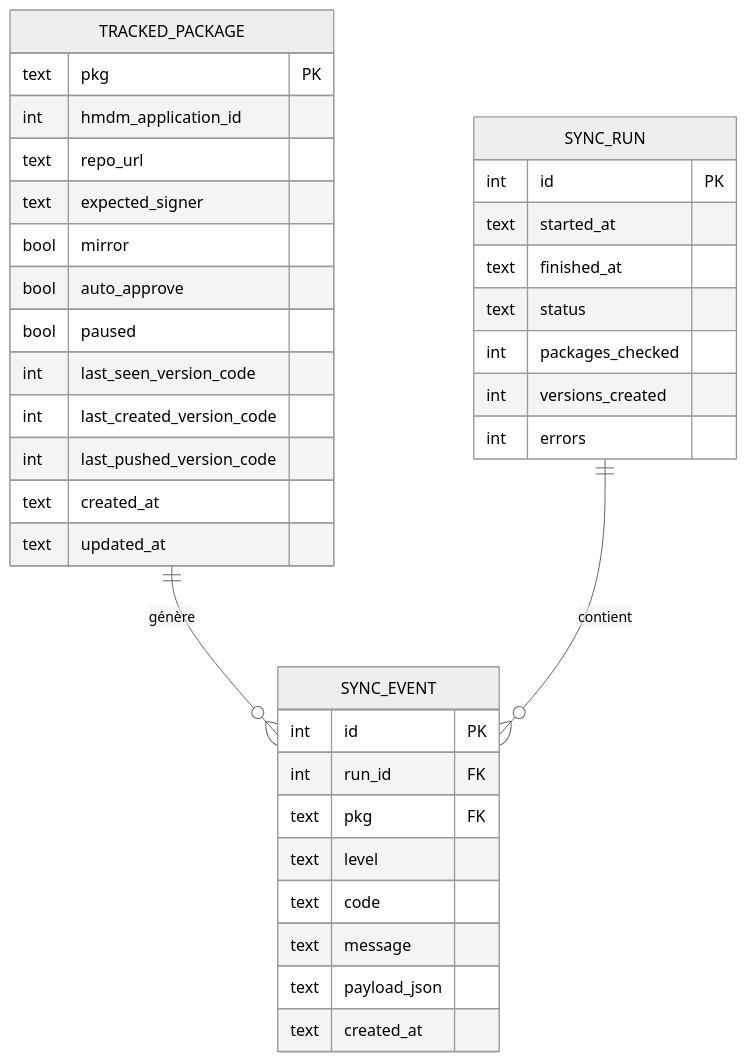
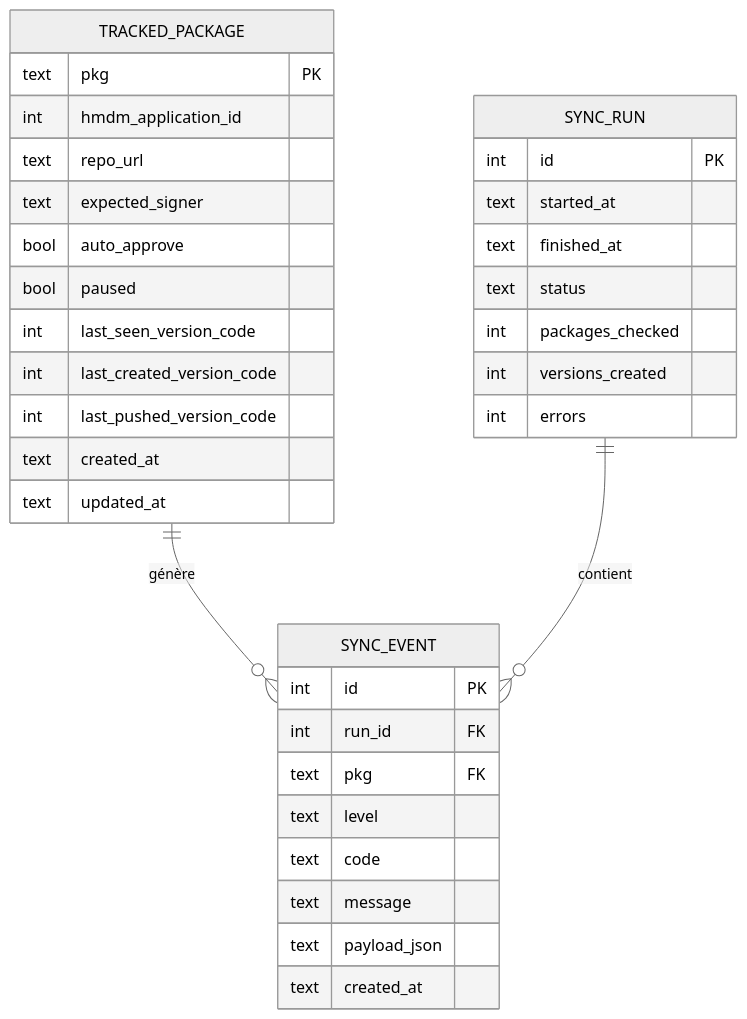
One commit to Sarcouy/fdroid-headwind-mirror changed the third of 4 diagrams in docs/architecture.md. Above: the diagram before and after it, drawn with Mermaid (neutral theme). The commit also changed other lines of this file and 11 other files, not shown here.

````diff
--- a/docs/architecture.md
+++ b/docs/architecture.md
@@ -548,41 +536,40 @@
 ```mermaid
 erDiagram
     TRACKED_PACKAGE ||--o{ SYNC_EVENT : "génère"
     SYNC_RUN ||--o{ SYNC_EVENT : "contient"
 
     TRACKED_PACKAGE {
         text pkg PK
         int hmdm_application_id
         text repo_url
         text expected_signer
-        bool mirror
         bool auto_approve
         bool paused
         int last_seen_version_code
         int last_created_version_code
         int last_pushed_version_code
         text created_at
         text updated_at
     }
 
     SYNC_RUN {
         int id PK
         text started_at
         text finished_at
         text status
         int packages_checked
         int versions_created
         int errors
     }
 
     SYNC_EVENT {
         int id PK
         int run_id FK
         text pkg FK
         text level
         text code
         text message
         text payload_json
         text created_at
     }
 ```
````
